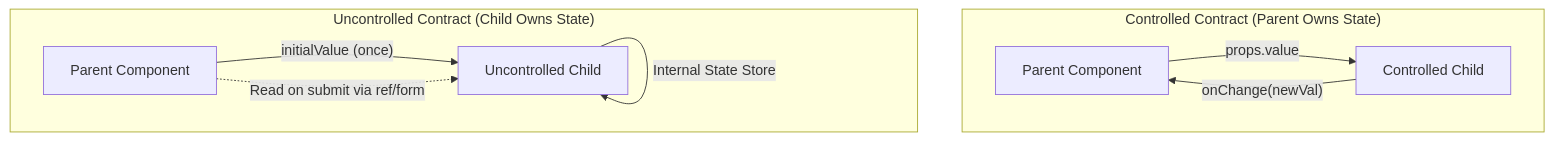
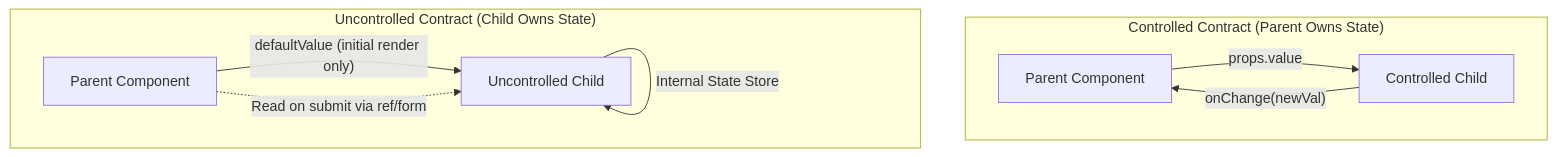
Before and after one commit to polla-fattah/frontend-book: the seventh of 14 diagrams in content/book/Chapter_06_Component_Driven_Architecture_and_Design_Patterns.md, drawn with Mermaid. The commit also changed other lines of this file, not shown here.

````diff
--- a/content/book/Chapter_06_Component_Driven_Architecture_and_Design_Patterns.md
+++ b/content/book/Chapter_06_Component_Driven_Architecture_and_Design_Patterns.md
@@ -308,17 +279,17 @@
 ```mermaid
 flowchart TD
     subgraph Controlled["Controlled Contract (Parent Owns State)"]
         ParentCtrl["Parent Component"]
         ChildCtrl["Controlled Child"]
         ParentCtrl -->|"props.value"| ChildCtrl
         ChildCtrl -->|"onChange(newVal)"| ParentCtrl
     end
 
     subgraph Uncontrolled["Uncontrolled Contract (Child Owns State)"]
         ParentUnctrl["Parent Component"]
         ChildUnctrl["Uncontrolled Child"]
-        ParentUnctrl -->|"initialValue (once)"| ChildUnctrl
+        ParentUnctrl -->|"defaultValue (initial render only)"| ChildUnctrl
         ChildUnctrl -->|"Internal State Store"| ChildUnctrl
         ParentUnctrl -.->|"Read on submit via ref/form"| ChildUnctrl
     end
 ```
````
